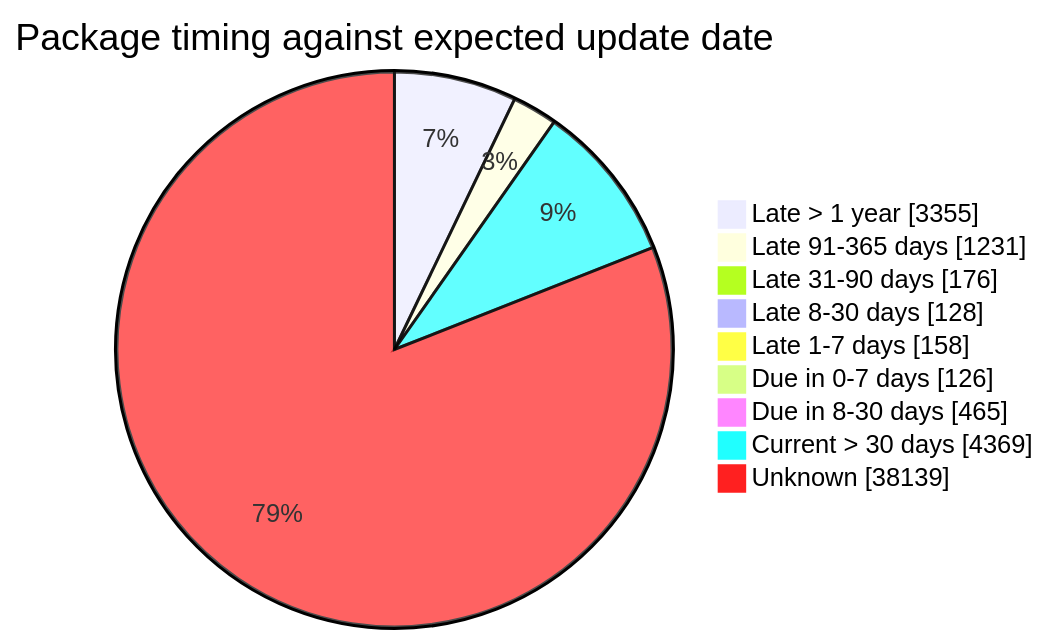
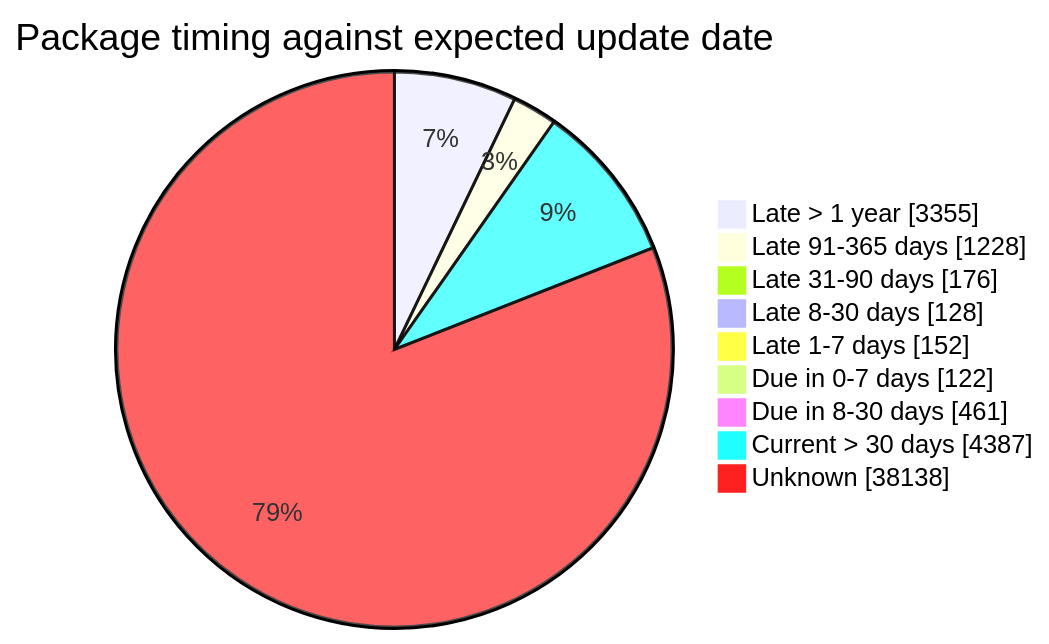
Before and after one commit to open-data/analytics-corporate-reporting: the fourth of 5 diagrams in FreshCheck/README.md, drawn with Mermaid. The commit also changed other lines of this file and 3 other files, not shown here.

````diff
--- a/FreshCheck/README.md
+++ b/FreshCheck/README.md
@@ -86,12 +86,12 @@
 ```mermaid
 pie showData title Package timing against expected update date
     "Late > 1 year": 3355
-    "Late 91-365 days": 1231
+    "Late 91-365 days": 1228
     "Late 31-90 days": 176
     "Late 8-30 days": 128
-    "Late 1-7 days": 158
-    "Due in 0-7 days": 126
-    "Due in 8-30 days": 465
-    "Current > 30 days": 4369
-    "Unknown": 38139
+    "Late 1-7 days": 152
+    "Due in 0-7 days": 122
+    "Due in 8-30 days": 461
+    "Current > 30 days": 4387
+    "Unknown": 38138
 ```
````
